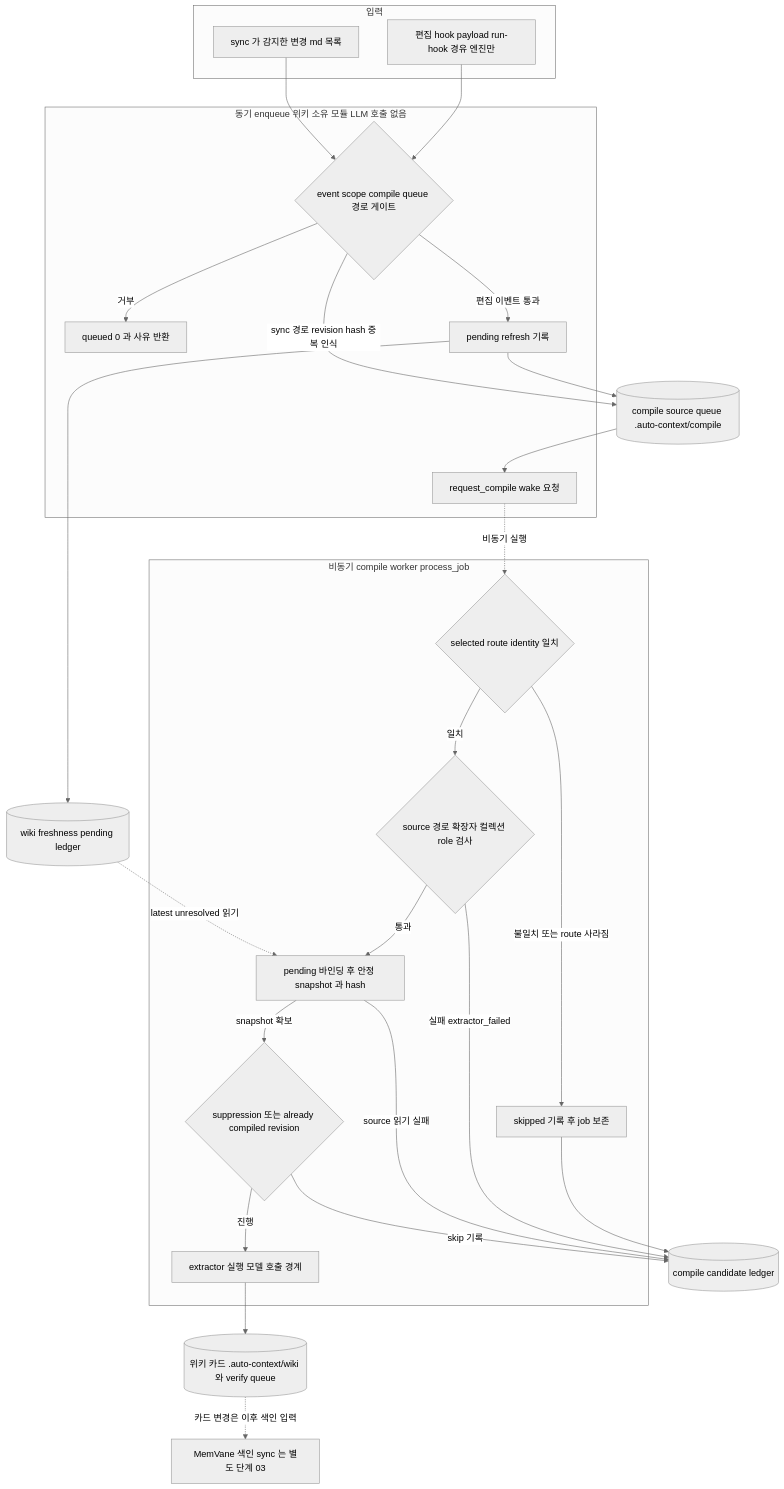
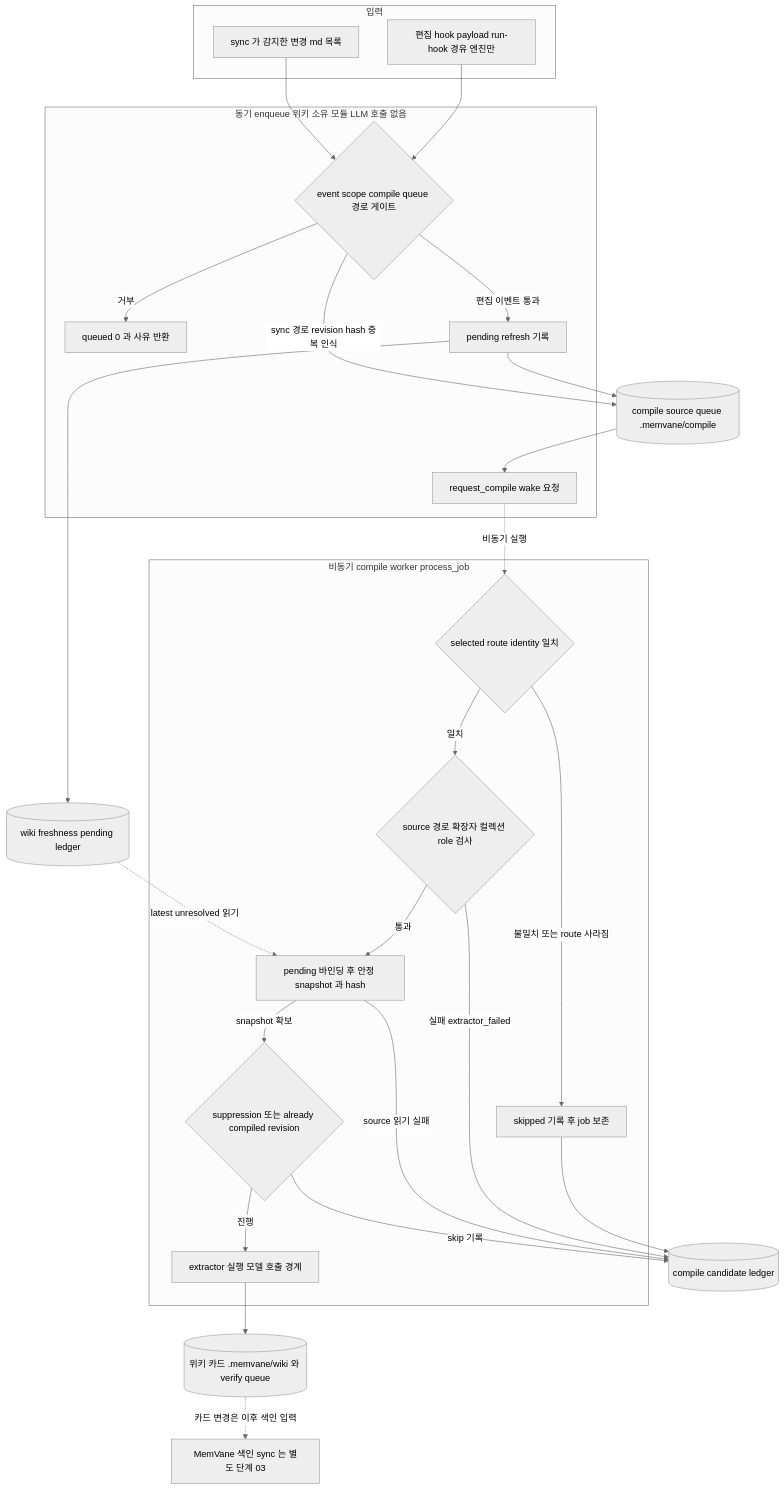
The diagram in docs/architecture/flows/02-source-to-wiki.md (zbdulee/memvane), drawn with Mermaid (neutral theme) before and after one commit. The commit also changed 30 other files, not shown here.

````diff
--- a/docs/architecture/flows/02-source-to-wiki.md
+++ b/docs/architecture/flows/02-source-to-wiki.md
@@ -12,48 +12,48 @@
 ```mermaid
 flowchart TD
   subgraph IN["입력"]
     PT["편집 hook payload run-hook 경유 엔진만"]
     SY["sync 가 감지한 변경 md 목록"]
   end
   subgraph ENQ["동기 enqueue 위키 소유 모듈 LLM 호출 없음"]
     GT{"event scope compile queue 경로 게이트"}
     NQ["queued 0 과 사유 반환"]
     PR["pending refresh 기록"]
     WK["request_compile wake 요청"]
   end
-  SQ[("compile source queue .auto-context/compile")]
+  SQ[("compile source queue .memvane/compile")]
   PLG[("wiki freshness pending ledger")]
   subgraph WRK["비동기 compile worker process_job"]
     RI{"selected route identity 일치"}
     KP["skipped 기록 후 job 보존"]
     SC{"source 경로 확장자 컬렉션 role 검사"}
     SN["pending 바인딩 후 안정 snapshot 과 hash"]
     CG{"suppression 또는 already compiled revision"}
     EX["extractor 실행 모델 호출 경계"]
   end
   CL[("compile candidate ledger")]
-  WC[("위키 카드 .auto-context/wiki 와 verify queue")]
+  WC[("위키 카드 .memvane/wiki 와 verify queue")]
   NX["MemVane 색인 sync 는 별도 단계 03"]
 
   PT --> GT
   SY --> GT
   GT -->|"거부"| NQ
   GT -->|"편집 이벤트 통과"| PR
   PR --> PLG
   PR --> SQ
   GT -->|"sync 경로 revision hash 중복 인식"| SQ
   SQ --> WK
   WK -.->|"비동기 실행"| RI
   RI -->|"불일치 또는 route 사라짐"| KP
   KP --> CL
   RI -->|"일치"| SC
   SC -->|"실패 extractor_failed"| CL
   SC -->|"통과"| SN
   PLG -.->|"latest unresolved 읽기"| SN
   SN -->|"source 읽기 실패"| CL
   SN -->|"snapshot 확보"| CG
   CG -->|"skip 기록"| CL
   CG -->|"진행"| EX
   EX --> WC
   WC -.->|"카드 변경은 이후 색인 입력"| NX
 ```
````
